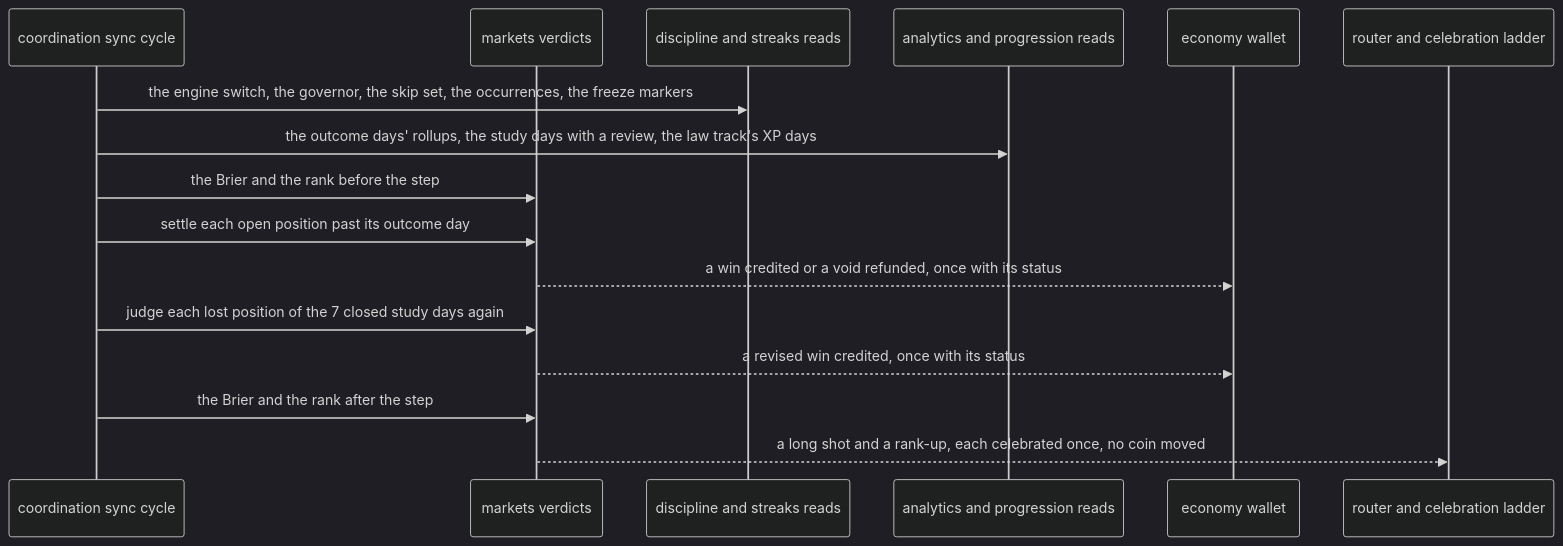
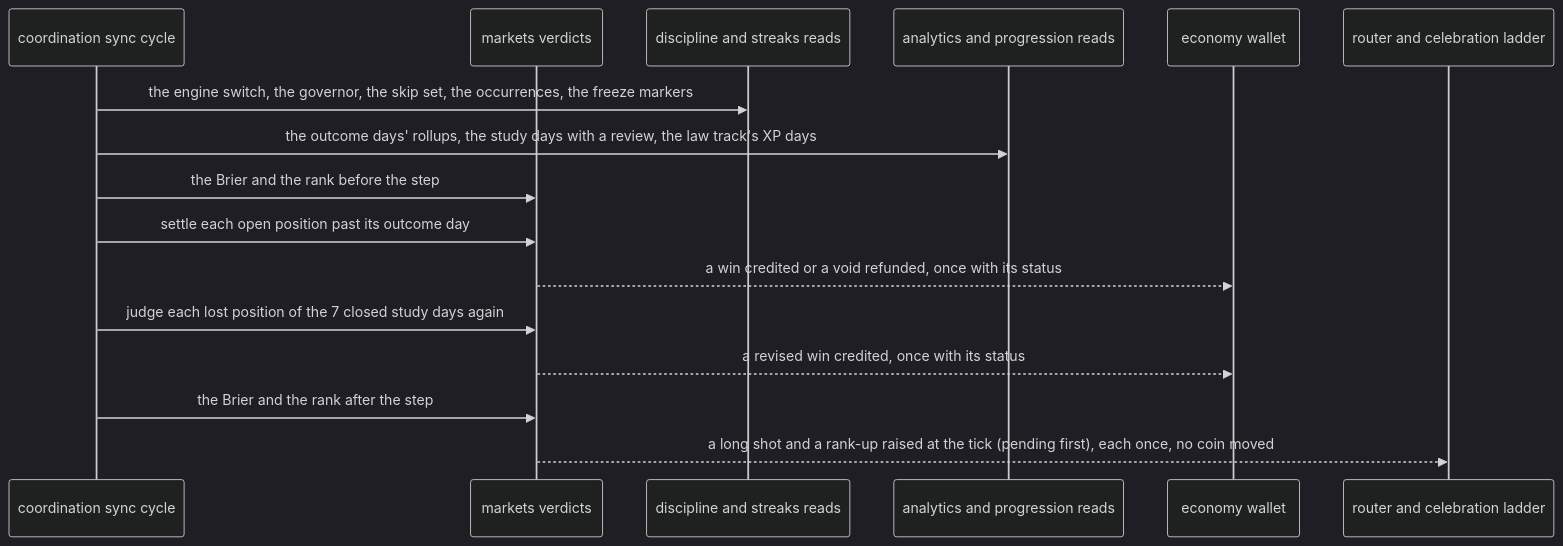
The second of 4 diagrams in docs/schematics/market-position-lifecycle.md (RexRenatus/deck-streak), drawn with Mermaid (dark theme) before and after one commit. The commit also changed 6 other files, not shown here.

````diff
--- a/docs/schematics/market-position-lifecycle.md
+++ b/docs/schematics/market-position-lifecycle.md
@@ -49,18 +49,18 @@
 ```mermaid
 sequenceDiagram
   participant C as coordination sync cycle
   participant K as markets verdicts
   participant D as discipline and streaks reads
   participant A as analytics and progression reads
   participant E as economy wallet
   participant R as router and celebration ladder
   C->>D: the engine switch, the governor, the skip set, the occurrences, the freeze markers
   C->>A: the outcome days' rollups, the study days with a review, the law track's XP days
   C->>K: the Brier and the rank before the step
   C->>K: settle each open position past its outcome day
   K-->>E: a win credited or a void refunded, once with its status
   C->>K: judge each lost position of the 7 closed study days again
   K-->>E: a revised win credited, once with its status
   C->>K: the Brier and the rank after the step
-  K-->>R: a long shot and a rank-up, each celebrated once, no coin moved
+  K-->>R: a long shot and a rank-up raised at the tick (pending first), each once, no coin moved
 ```
````
